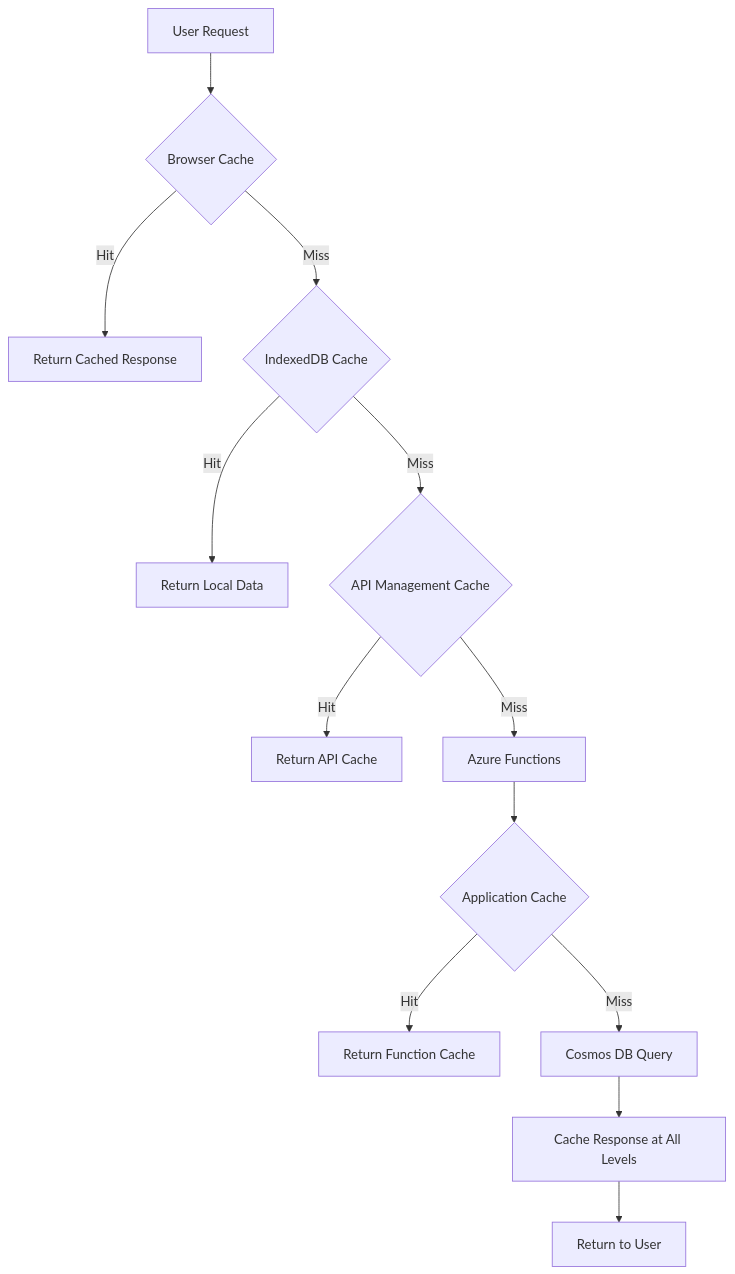
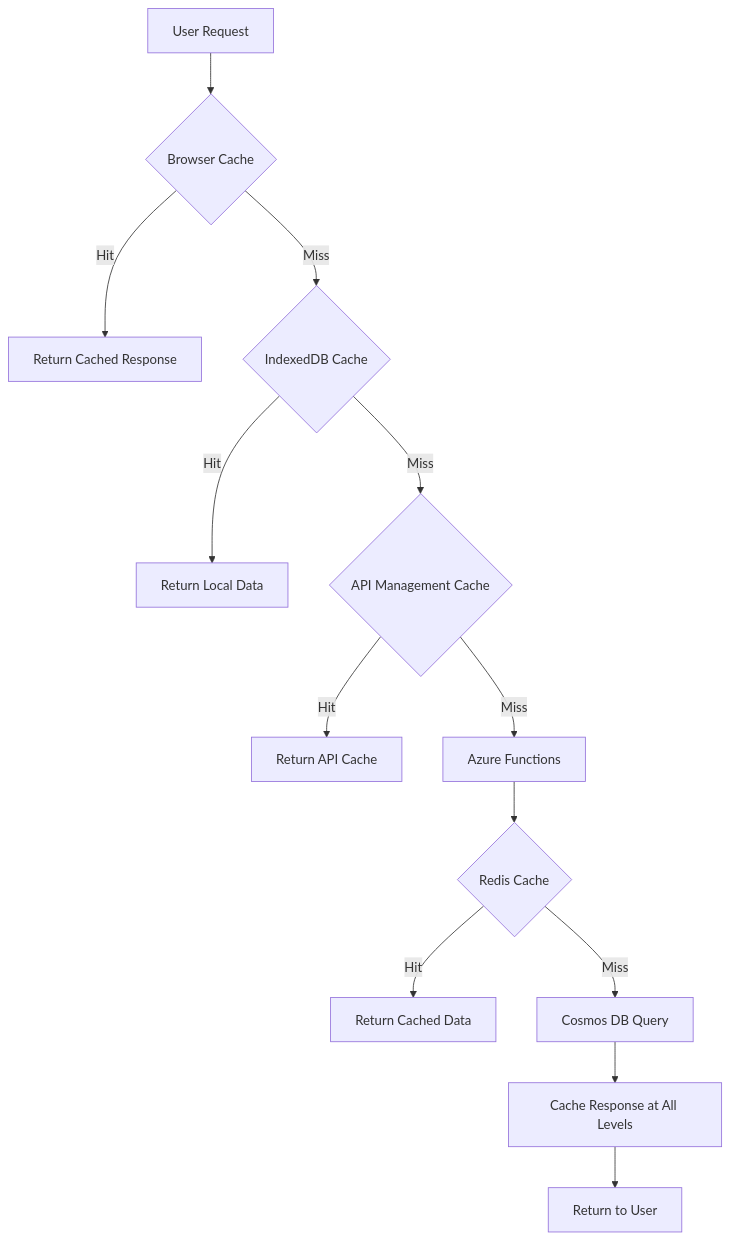
Before and after one commit to Abernaughty/PCPC: the second of 2 diagrams in docs/performance.md, drawn with Mermaid. The commit also changed other lines of this file and 14 other files, not shown here.

````diff
--- a/docs/performance.md
+++ b/docs/performance.md
@@ -585,15 +542,15 @@
 ```mermaid
 graph TD
     A[User Request] --> B{Browser Cache}
     B -->|Hit| C[Return Cached Response]
     B -->|Miss| D{IndexedDB Cache}
     D -->|Hit| E[Return Local Data]
     D -->|Miss| F{API Management Cache}
     F -->|Hit| G[Return API Cache]
     F -->|Miss| H[Azure Functions]
-    H --> I{Application Cache}
-    I -->|Hit| J[Return Function Cache]
+    H --> I{Redis Cache}
+    I -->|Hit| J[Return Cached Data]
     I -->|Miss| K[Cosmos DB Query]
     K --> L[Cache Response at All Levels]
     L --> M[Return to User]
 ```
````
